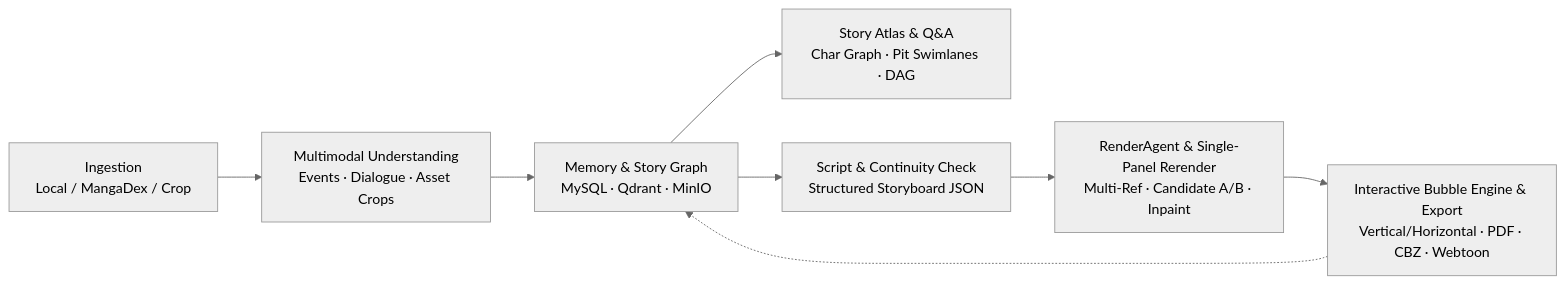
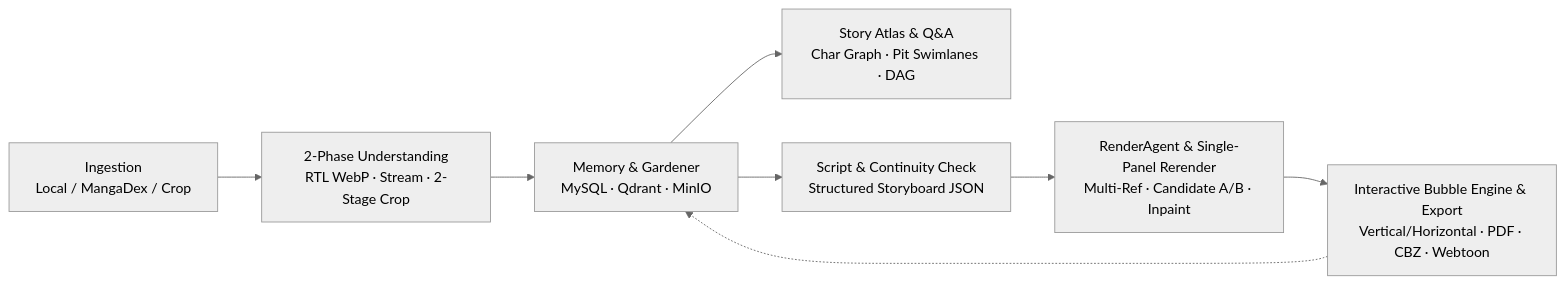
The diagram in README.md (Gwen0x4c3/manga-forge), drawn with Mermaid (neutral theme) before and after one commit. The commit also changed other lines of this file and 11 other files, not shown here.

````diff
--- a/README.md
+++ b/README.md
@@ -92,10 +109,10 @@
 ```mermaid
 flowchart LR
-    Ingest["Ingestion<br/>Local / MangaDex / Crop"] --> Understand["Multimodal Understanding<br/>Events · Dialogue · Asset Crops"]
-    Understand --> Memory["Memory & Story Graph<br/>MySQL · Qdrant · MinIO"]
+    Ingest["Ingestion<br/>Local / MangaDex / Crop"] --> Understand["2-Phase Understanding<br/>RTL WebP · Stream · 2-Stage Crop"]
+    Understand --> Memory["Memory & Gardener<br/>MySQL · Qdrant · MinIO"]
     Memory --> Atlas["Story Atlas & Q&A<br/>Char Graph · Pit Swimlanes · DAG"]
     Memory --> Script["Script & Continuity Check<br/>Structured Storyboard JSON"]
     Script --> Render["RenderAgent & Single-Panel Rerender<br/>Multi-Ref · Candidate A/B · Inpaint"]
     Render --> Layout["Interactive Bubble Engine & Export<br/>Vertical/Horizontal · PDF · CBZ · Webtoon"]
     Layout -.-> Memory
 ```
````
